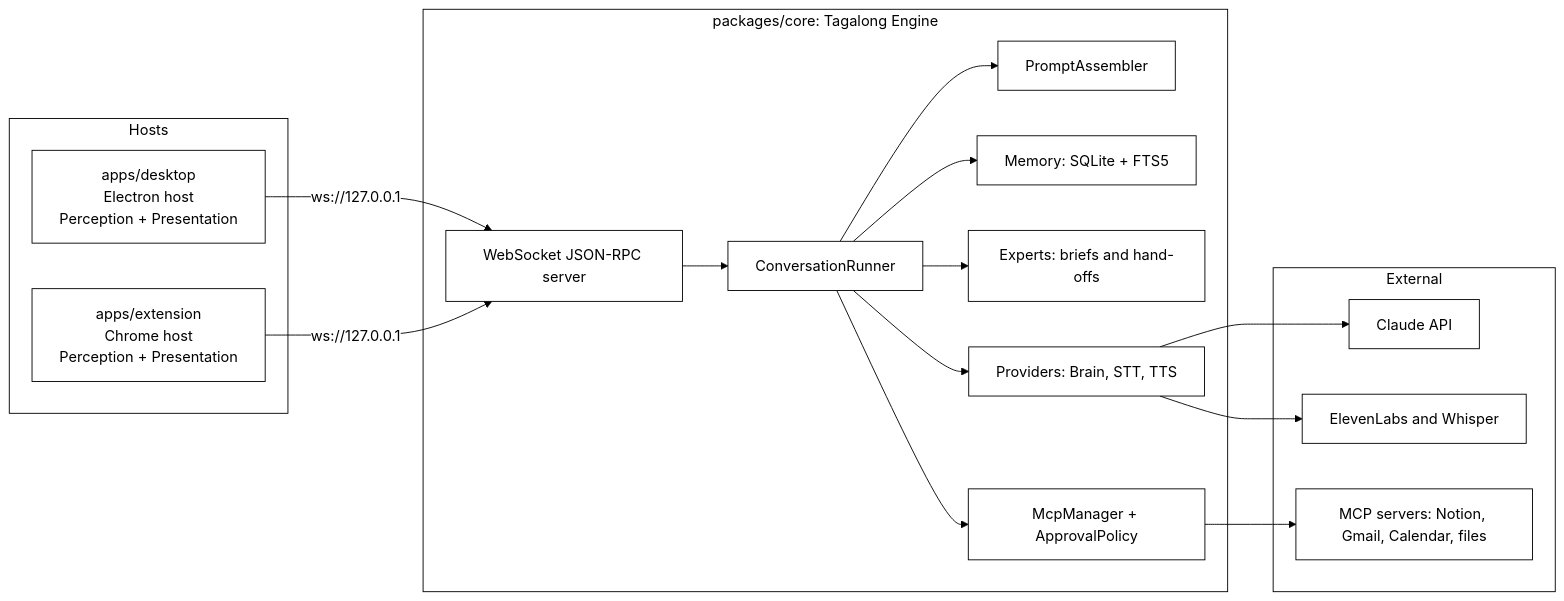
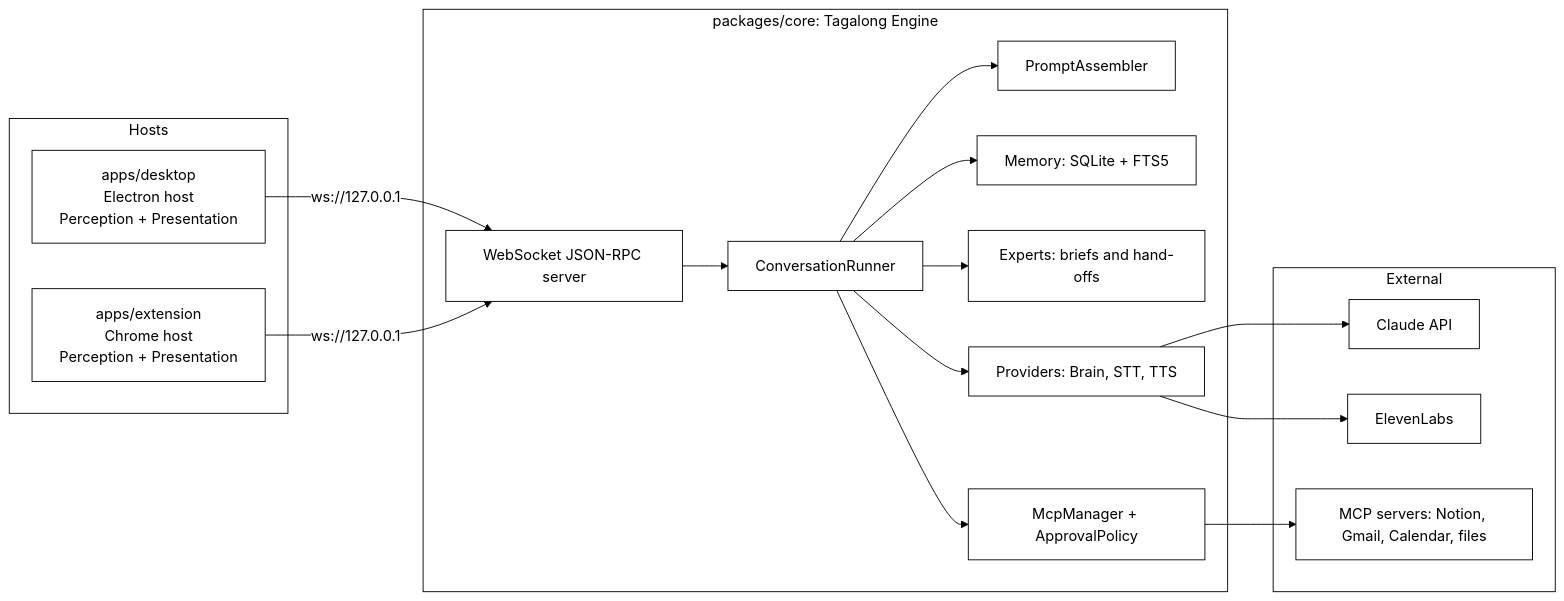
One commit to nadeem4/tagalong changed the first of 13 diagrams in docs/architecture.md. Above: the diagram before and after it, drawn with Mermaid. The commit also changed other lines of this file and 60 other files, not shown here.

````diff
--- a/docs/architecture.md
+++ b/docs/architecture.md
@@ -26,33 +26,33 @@
 ```mermaid
 %%{init: {"theme": "base", "themeVariables": {"primaryColor": "#ffffff", "primaryTextColor": "#000000", "primaryBorderColor": "#000000", "lineColor": "#000000", "secondaryColor": "#ffffff", "tertiaryColor": "#ffffff", "background": "#ffffff", "clusterBkg": "#ffffff", "clusterBorder": "#000000"}}}%%
 flowchart LR
   subgraph Hosts
     D["apps/desktop<br>Electron host<br>Perception + Presentation"]
     E["apps/extension<br>Chrome host<br>Perception + Presentation"]
   end
   subgraph Core["packages/core: Tagalong Engine"]
     S["WebSocket JSON-RPC server"]
     R["ConversationRunner"]
     P["PromptAssembler"]
     M["Memory: SQLite + FTS5"]
     B["Experts: briefs and hand-offs"]
     T["McpManager + ApprovalPolicy"]
     PR["Providers: Brain, STT, TTS"]
   end
   subgraph External
     C["Claude API"]
-    V["ElevenLabs and Whisper"]
+    V["ElevenLabs"]
     X["MCP servers: Notion, Gmail, Calendar, files"]
   end
   D -- "ws://127.0.0.1" --> S
   E -- "ws://127.0.0.1" --> S
   S --> R
   R --> P
   R --> M
   R --> B
   R --> T
   R --> PR
   PR --> C
   PR --> V
   T --> X
 ```
````
